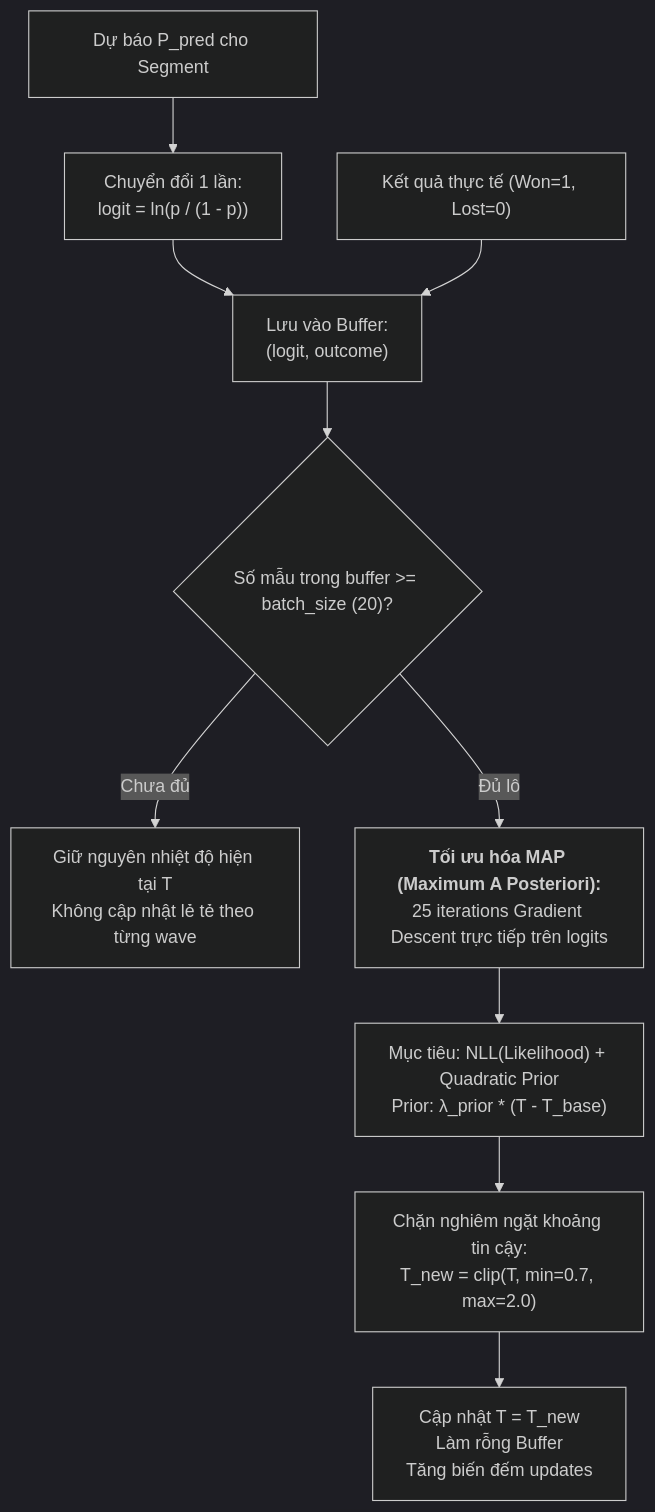
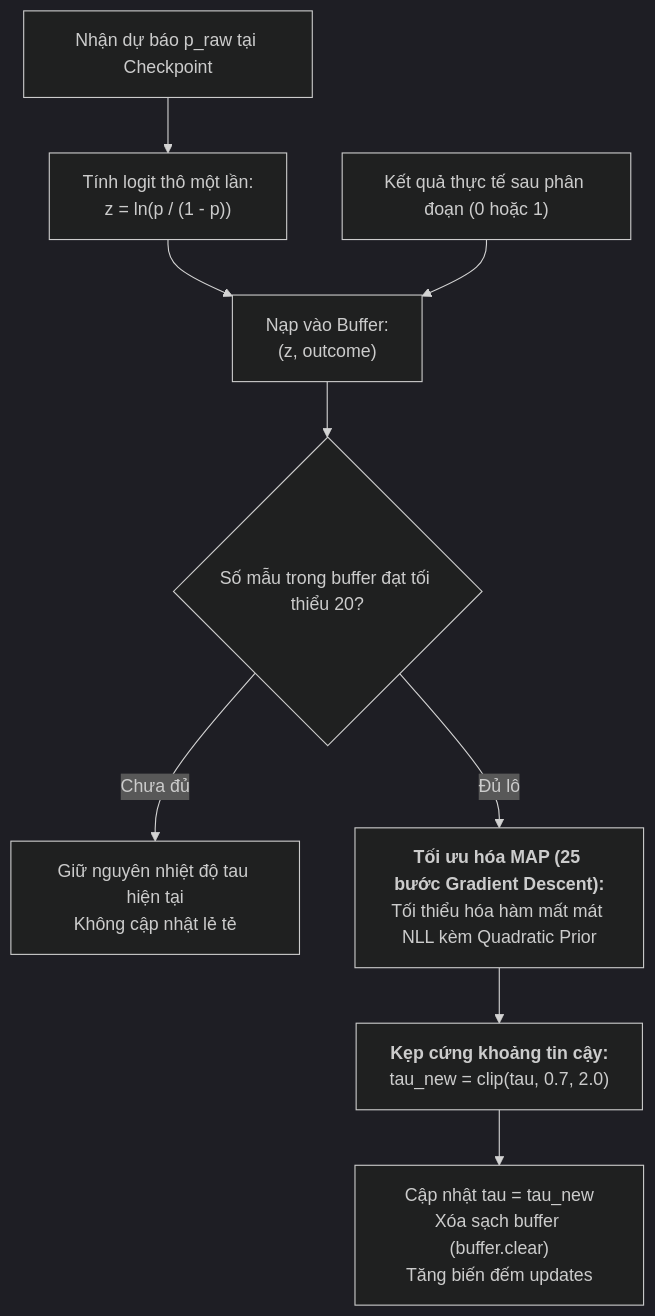
One commit to sonbm-itealvn/DDA-models changed diagram 11 of 16 in SYSTEM_ARCHITECTURE_ANALYSIS.md. Above: the diagram before and after it, drawn with Mermaid (dark theme). The commit also changed other lines of this file and 2 other files, not shown here.

````diff
--- a/SYSTEM_ARCHITECTURE_ANALYSIS.md
+++ b/SYSTEM_ARCHITECTURE_ANALYSIS.md
@@ -424,14 +684,13 @@
 ```mermaid
 flowchart TD
-    Pred["Dự báo P_pred cho Segment"] --> LogitCalc["Chuyển đổi 1 lần:<br/>logit = ln(p / (1 - p))"]
-    LogitCalc --> Buffer["Lưu vào Buffer:<br/>(logit, outcome)"]
-    Outcome["Kết quả thực tế (Won=1, Lost=0)"] --> Buffer
+    Pred["Nhận dự báo p_raw tại Checkpoint"] --> Logit["Tính logit thô một lần:<br/>z = ln(p / (1 - p))"]
+    Logit --> Buf["Nạp vào Buffer:<br/>(z, outcome)"]
+    Outcome["Kết quả thực tế sau phân đoạn (0 hoặc 1)"] --> Buf
     
-    Buffer --> Check{"Số mẫu trong buffer >= batch_size (20)?"}
-    Check -- Chưa đủ --> Wait["Giữ nguyên nhiệt độ hiện tại T<br/>Không cập nhật lẻ tẻ theo từng wave"]
-    Check -- Đủ lô --> Optimize["<b>Tối ưu hóa MAP (Maximum A Posteriori):</b><br/>25 iterations Gradient Descent trực tiếp trên logits"]
+    Buf --> BCheck{"Số mẫu trong buffer đạt tối thiểu 20?"}
+    BCheck -->|"Chưa đủ"| HoldT["Giữ nguyên nhiệt độ tau hiện tại<br/>Không cập nhật lẻ tẻ"]
+    BCheck -->|"Đủ lô"| Opt["<b>Tối ưu hóa MAP (25 bước Gradient Descent):</b><br/>Tối thiểu hóa hàm mất mát NLL kèm Quadratic Prior"]
     
-    Optimize --> Loss["Mục tiêu: NLL(Likelihood) + Quadratic Prior<br/>Prior: λ_prior * (T - T_base)"]
-    Loss --> Clamp["Chặn nghiêm ngặt khoảng tin cậy:<br/>T_new = clip(T, min=0.7, max=2.0)"]
-    Clamp --> Clear["Cập nhật T = T_new<br/>Làm rỗng Buffer<br/>Tăng biến đếm updates"]
+    Opt --> Clamp["<b>Kẹp cứng khoảng tin cậy:</b><br/>tau_new = clip(tau, 0.7, 2.0)"]
+    Clamp --> Flush["Cập nhật tau = tau_new<br/>Xóa sạch buffer (buffer.clear)<br/>Tăng biến đếm updates"]
 ```
````
